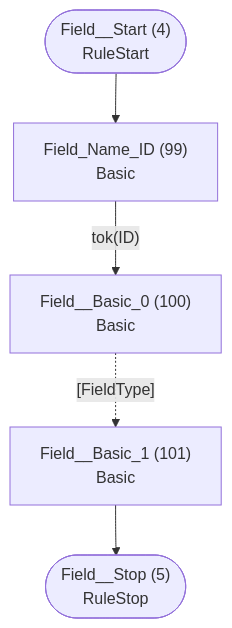
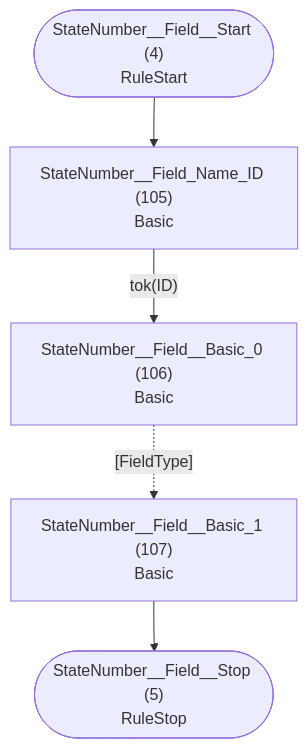
One commit to TypeFox/fastbelt changed the third of 32 diagrams in internal/grammar/atn.md. Above: the diagram before and after it, drawn with Mermaid. The commit also changed other lines of this file and 5 other files, not shown here.

````diff
--- a/internal/grammar/atn.md
+++ b/internal/grammar/atn.md
@@ -117,13 +117,13 @@
 ```mermaid
 flowchart TD
-    q4(["Field__Start (4)<br/>RuleStart"])
-    q5(["Field__Stop (5)<br/>RuleStop"])
-    q99["Field_Name_ID (99)<br/>Basic<br/>"]
-    q100["Field__Basic_0 (100)<br/>Basic<br/>"]
-    q101["Field__Basic_1 (101)<br/>Basic<br/>"]
+    q4(["StateNumber__Field__Start (4)<br/>RuleStart"])
+    q5(["StateNumber__Field__Stop (5)<br/>RuleStop"])
+    q105["StateNumber__Field_Name_ID (105)<br/>Basic<br/>"]
+    q106["StateNumber__Field__Basic_0 (106)<br/>Basic<br/>"]
+    q107["StateNumber__Field__Basic_1 (107)<br/>Basic<br/>"]
 
-    q4 --> q99
-    q99 -->|"tok(ID)"| q100
-    q100 -.->|"[FieldType]"| q101
-    q101 --> q5
+    q4 --> q105
+    q105 -->|"tok(ID)"| q106
+    q106 -.->|"[FieldType]"| q107
+    q107 --> q5
 ```
````
